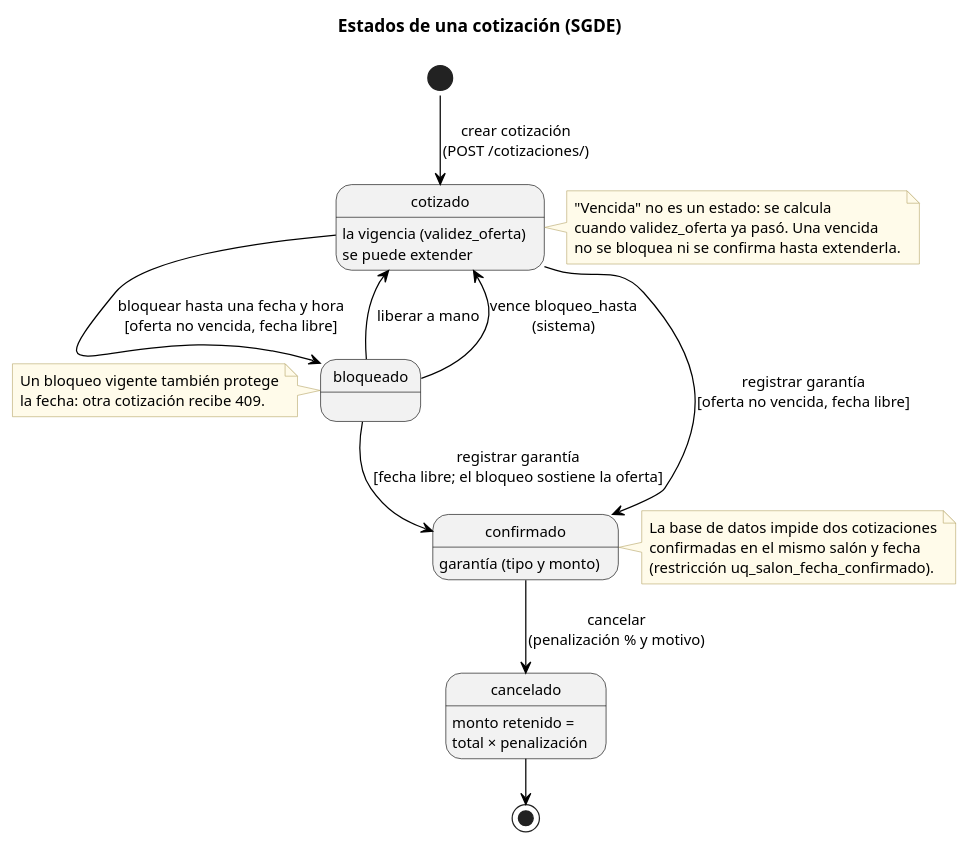
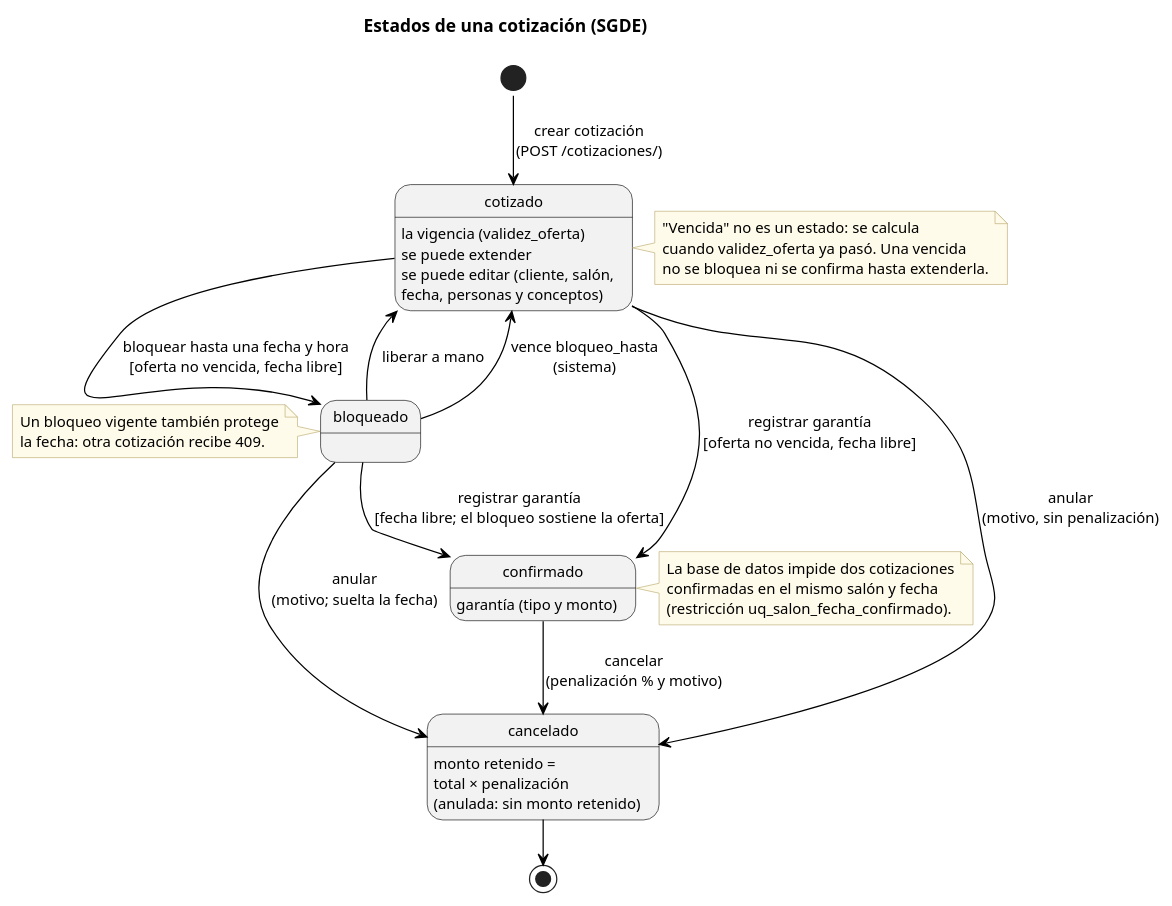
One commit to AndreCamx2/Gestion-De-Eventos changed the diagram in docs/arquitectura/Diagrama_Estados_Cotizacion.pu. Above: the diagram before and after it, drawn with PlantUML. The commit also changed 30 other files, not shown here.

```diff
--- a/docs/arquitectura/Diagrama_Estados_Cotizacion.pu
+++ b/docs/arquitectura/Diagrama_Estados_Cotizacion.pu
@@ -1,44 +1,47 @@
 @startuml Diagrama_Estados_Cotizacion
 !pragma layout smetana
 title Estados de una cotización (SGDE)
 skinparam backgroundColor white
 skinparam ArrowColor black
 skinparam DefaultFontSize 12
 skinparam note {
   BackgroundColor #FFFBEA
   BorderColor #B8A86B
 }
 
 skinparam state {
   BackgroundColor #F2F2F2
   BorderColor black
 }
 
 [*] --> cotizado : crear cotización\n(POST /cotizaciones/)
 cotizado --> bloqueado : bloquear hasta una fecha y hora\n[oferta no vencida, fecha libre]
 bloqueado --> cotizado : liberar a mano
 bloqueado --> cotizado : vence bloqueo_hasta\n(sistema)
 cotizado --> confirmado : registrar garantía\n[oferta no vencida, fecha libre]
 bloqueado --> confirmado : registrar garantía\n[fecha libre; el bloqueo sostiene la oferta]
 confirmado --> cancelado : cancelar\n(penalización % y motivo)
+cotizado --> cancelado : anular\n(motivo, sin penalización)
+bloqueado --> cancelado : anular\n(motivo; suelta la fecha)
 cancelado --> [*]
 
 cotizado : la vigencia (validez_oferta)\nse puede extender
+cotizado : se puede editar (cliente, salón,\nfecha, personas y conceptos)
 confirmado : garantía (tipo y monto)
-cancelado : monto retenido =\ntotal × penalización
+cancelado : monto retenido =\ntotal × penalización\n(anulada: sin monto retenido)
 
 note right of cotizado
   "Vencida" no es un estado: se calcula
   cuando validez_oferta ya pasó. Una vencida
   no se bloquea ni se confirma hasta extenderla.
 end note
 note right of confirmado
   La base de datos impide dos cotizaciones
   confirmadas en el mismo salón y fecha
   (restricción uq_salon_fecha_confirmado).
 end note
 note left of bloqueado
   Un bloqueo vigente también protege
   la fecha: otra cotización recibe 409.
 end note
 @enduml
```
